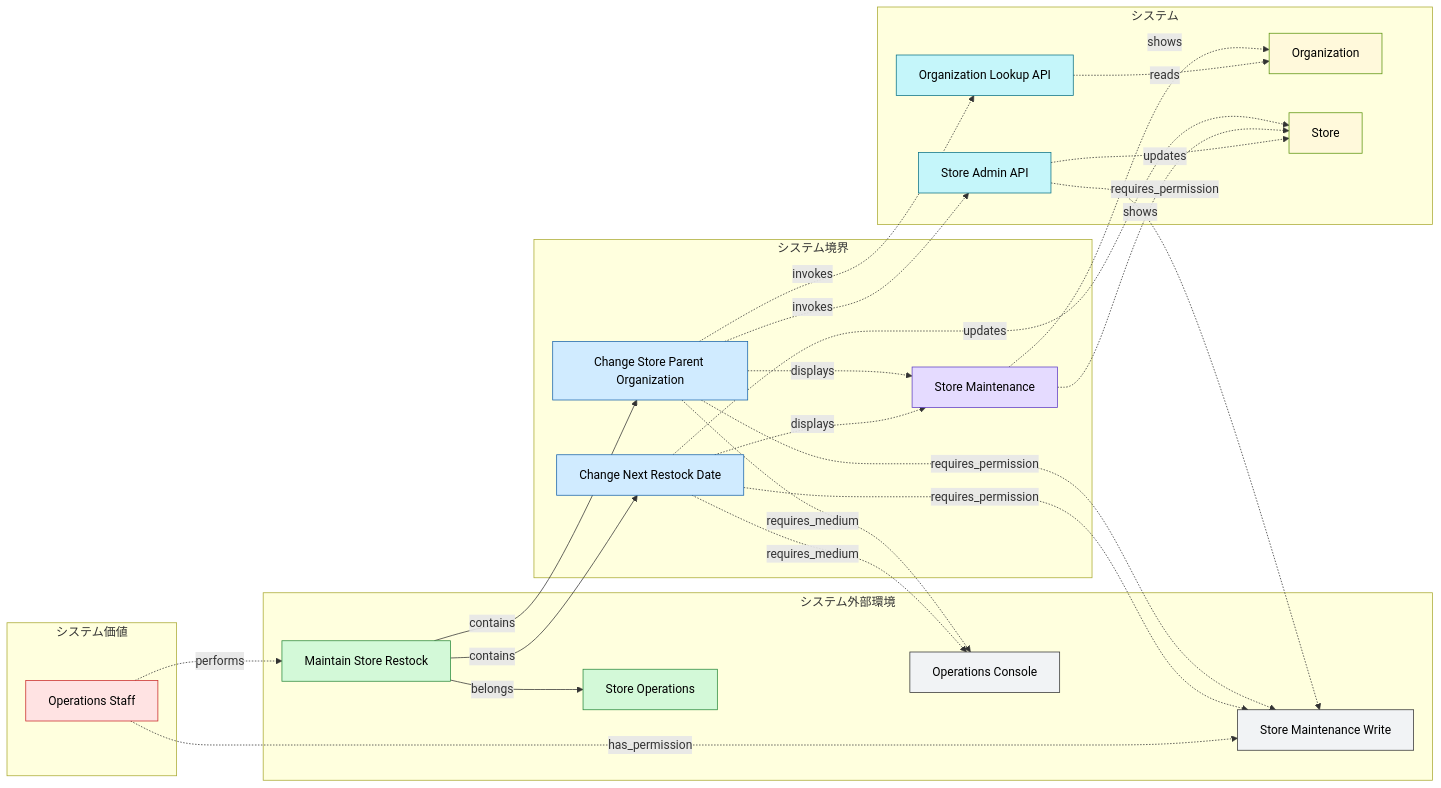
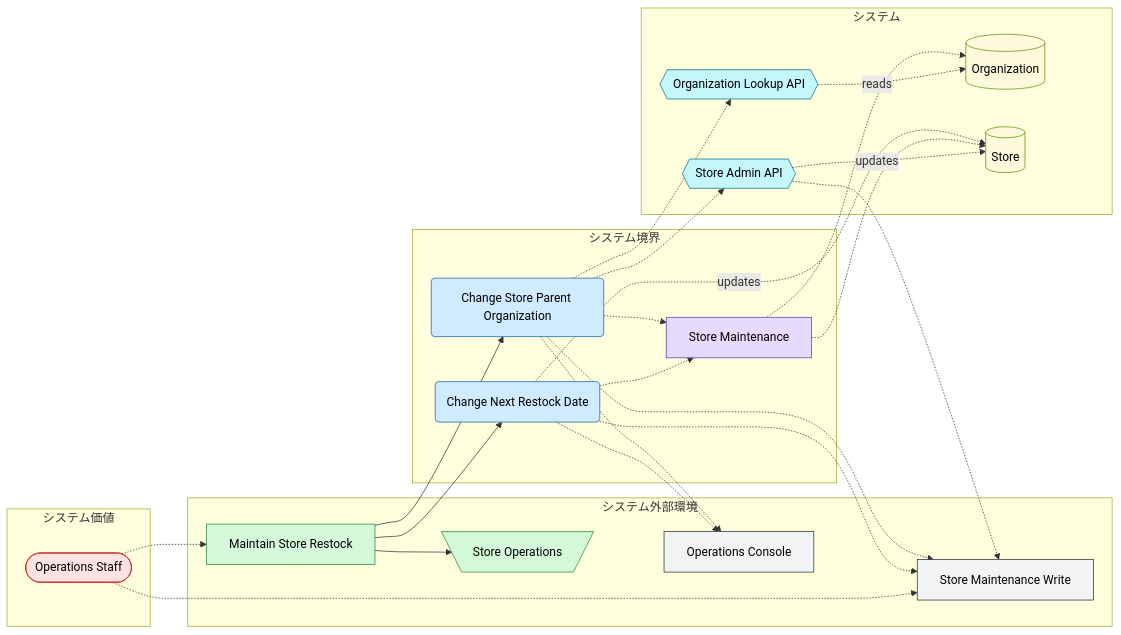
One commit to manji-0/rdra-ish-dsl changed the first of 2 diagrams in samples/incremental-order/step-3-interaction-boundary/design.md. Above: the diagram before and after it, drawn with Mermaid. The commit also changed 95 other files, not shown here.

````diff
--- a/samples/incremental-order/step-3-interaction-boundary/design.md
+++ b/samples/incremental-order/step-3-interaction-boundary/design.md
@@ -71,57 +71,57 @@
 ```mermaid
 %% rdra-ish diagram=rdra scope=buc:BucStoreRestock model=samples/incremental-order/step-3-interaction-boundary/src
 %% layers: value=システム価値 environment=システム外部環境 boundary=システム境界 system=システム
 %% kinds: actor business buc medium permission usecase screen api entity
 %% omitted: (none)
 flowchart LR
   subgraph layer_value["システム価値"]
-    actor__OpsStaff["Operations Staff"]:::actor
+    actor__OpsStaff(["Operations Staff"]):::actor
   end
   subgraph layer_environment["システム外部環境"]
-    business__StoreOperations["Store Operations"]:::business
+    business__StoreOperations[\"Store Operations"/]:::business
     %% desc business__StoreOperations: Store operations owns restock planning and store master maintenance.
     buc__BucStoreRestock["Maintain Store Restock"]:::buc
     %% desc buc__BucStoreRestock: Keep restock dates and store organization assignments operationally correct.
     medium__OpsConsole["Operations Console"]:::medium
     permission__StoreMaintenanceWrite["Store Maintenance Write"]:::permission
   end
   subgraph layer_boundary["システム境界"]
-    usecase__ChangeNextRestockDate["Change Next Restock Date"]:::usecase
-    usecase__ChangeStoreParentOrganization["Change Store Parent Organization"]:::usecase
+    usecase__ChangeNextRestockDate("Change Next Restock Date"):::usecase
+    usecase__ChangeStoreParentOrganization("Change Store Parent Organization"):::usecase
     screen__StoreMaintenanceScreen["Store Maintenance"]:::screen
   end
   subgraph layer_system["システム"]
-    api__OrganizationLookupApi["Organization Lookup API"]:::api
-    api__StoreAdminApi["Store Admin API"]:::api
-    entity__Organization["Organization"]:::entity
-    entity__Store["Store"]:::entity
+    api__OrganizationLookupApi{{"Organization Lookup API"}}:::api
+    api__StoreAdminApi{{"Store Admin API"}}:::api
+    entity__Organization[("Organization")]:::entity
+    entity__Store[("Store")]:::entity
   end
-  actor__OpsStaff -.->|has_permission| permission__StoreMaintenanceWrite
-  actor__OpsStaff -.->|performs| buc__BucStoreRestock
+  actor__OpsStaff -.-> permission__StoreMaintenanceWrite
+  actor__OpsStaff -.-> buc__BucStoreRestock
   api__OrganizationLookupApi -.->|reads| entity__Organization
-  api__StoreAdminApi -.->|requires_permission| permission__StoreMaintenanceWrite
+  api__StoreAdminApi -.-> permission__StoreMaintenanceWrite
   api__StoreAdminApi -.->|updates| entity__Store
-  buc__BucStoreRestock -->|belongs| business__StoreOperations
-  buc__BucStoreRestock -->|contains| usecase__ChangeNextRestockDate
-  buc__BucStoreRestock -->|contains| usecase__ChangeStoreParentOrganization
-  screen__StoreMaintenanceScreen -.->|shows| entity__Organization
-  screen__StoreMaintenanceScreen -.->|shows| entity__Store
-  usecase__ChangeNextRestockDate -.->|displays| screen__StoreMaintenanceScreen
-  usecase__ChangeNextRestockDate -.->|requires_medium| medium__OpsConsole
-  usecase__ChangeNextRestockDate -.->|requires_permission| permission__StoreMaintenanceWrite
+  buc__BucStoreRestock --> business__StoreOperations
+  buc__BucStoreRestock --> usecase__ChangeNextRestockDate
+  buc__BucStoreRestock --> usecase__ChangeStoreParentOrganization
+  screen__StoreMaintenanceScreen -.-> entity__Organization
+  screen__StoreMaintenanceScreen -.-> entity__Store
+  usecase__ChangeNextRestockDate -.-> screen__StoreMaintenanceScreen
+  usecase__ChangeNextRestockDate -.-> medium__OpsConsole
+  usecase__ChangeNextRestockDate -.-> permission__StoreMaintenanceWrite
   usecase__ChangeNextRestockDate -.->|updates| entity__Store
-  usecase__ChangeStoreParentOrganization -.->|displays| screen__StoreMaintenanceScreen
-  usecase__ChangeStoreParentOrganization -.->|invokes| api__OrganizationLookupApi
-  usecase__ChangeStoreParentOrganization -.->|invokes| api__StoreAdminApi
-  usecase__ChangeStoreParentOrganization -.->|requires_medium| medium__OpsConsole
-  usecase__ChangeStoreParentOrganization -.->|requires_permission| permission__StoreMaintenanceWrite
+  usecase__ChangeStoreParentOrganization -.-> screen__StoreMaintenanceScreen
+  usecase__ChangeStoreParentOrganization -.-> api__OrganizationLookupApi
+  usecase__ChangeStoreParentOrganization -.-> api__StoreAdminApi
+  usecase__ChangeStoreParentOrganization -.-> medium__OpsConsole
+  usecase__ChangeStoreParentOrganization -.-> permission__StoreMaintenanceWrite
   classDef actor fill:#ffe3e3,stroke:#c92a2a,color:#000;
   classDef business fill:#d3f9d8,stroke:#2b8a3e,color:#000;
   classDef buc fill:#d3f9d8,stroke:#2b8a3e,color:#000;
   classDef medium fill:#f1f3f5,stroke:#333,color:#000;
   classDef permission fill:#f1f3f5,stroke:#333,color:#000;
   classDef usecase fill:#d0ebff,stroke:#1864ab,color:#000;
   classDef screen fill:#e5dbff,stroke:#5f3dc4,color:#000;
   classDef api fill:#c5f6fa,stroke:#0b7285,color:#000;
   classDef entity fill:#fff9db,stroke:#5c940d,color:#000;
 ```
````
